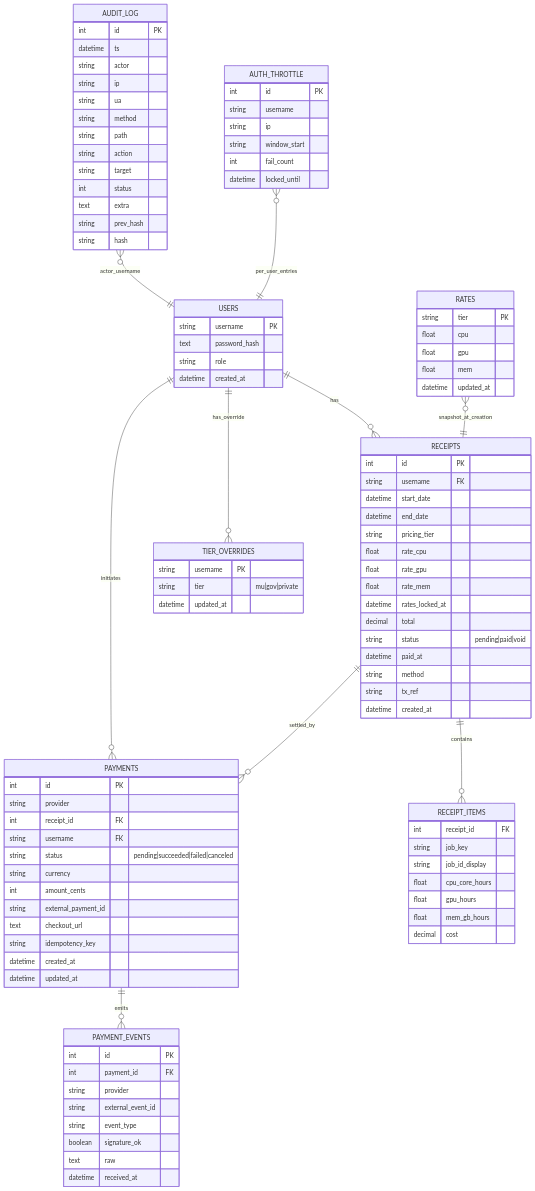
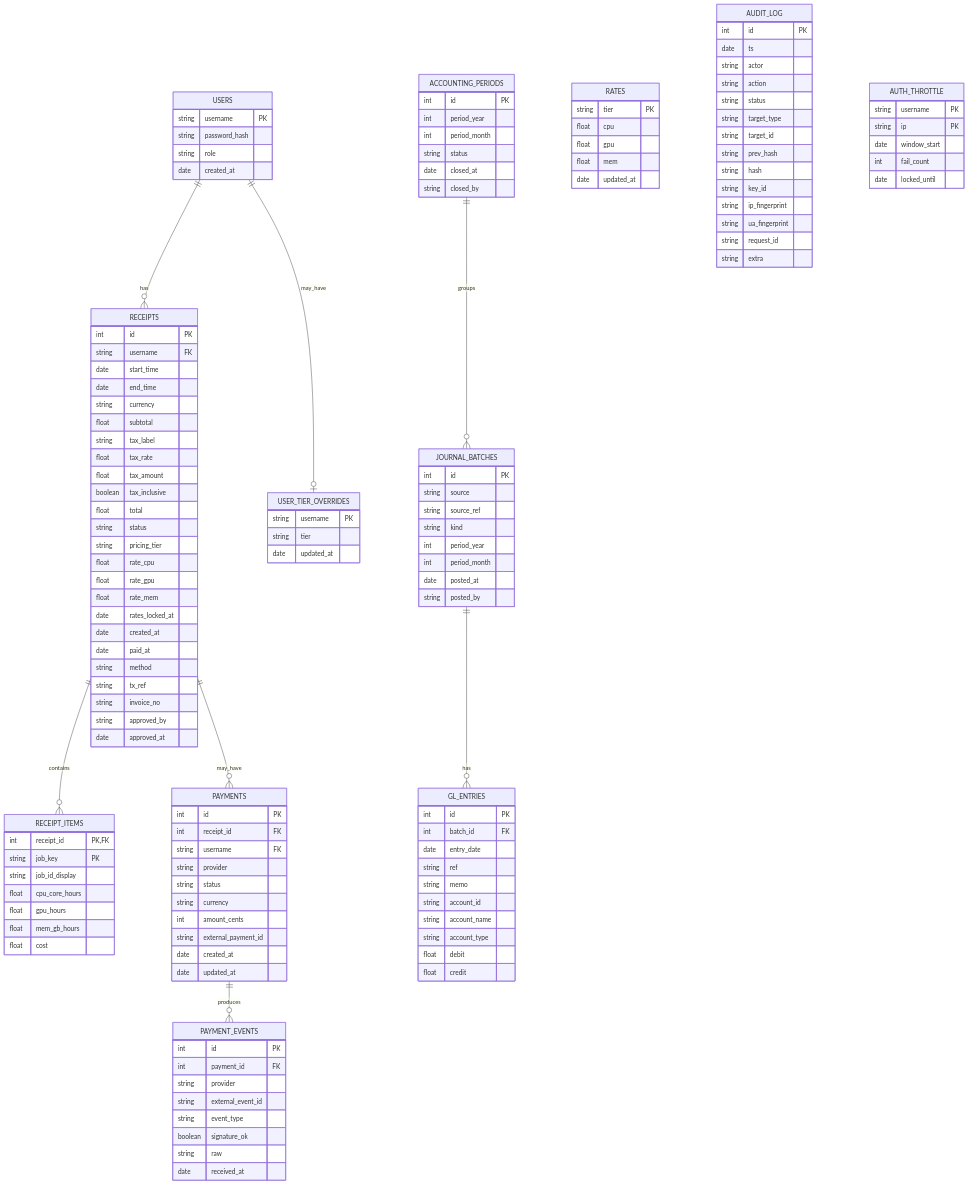
One commit to Purinat33/hpc_flask changed the diagram in docs/03-data-model.md. Above: the diagram before and after it, drawn with Mermaid. The commit also changed other lines of this file and 4 other files, not shown here.

````diff
--- a/docs/03-data-model.md
+++ b/docs/03-data-model.md
@@ -9,20 +9,24 @@
 ```mermaid
 erDiagram
   USERS ||--o{ RECEIPTS : has
-  USERS ||--o{ PAYMENTS : initiates
-  USERS ||--o{ TIER_OVERRIDES : has_override
+  USERS ||--o| USER_TIER_OVERRIDES : may_have
   RECEIPTS ||--o{ RECEIPT_ITEMS : contains
-  PAYMENTS ||--o{ PAYMENT_EVENTS : emits
-  RATES }o--|| RECEIPTS : snapshot_at_creation
-  AUDIT_LOG }o--|| USERS : actor_username
-  AUTH_THROTTLE }o--|| USERS : per_user_entries
-  RECEIPTS ||--o{ PAYMENTS : settled_by
+  RECEIPTS ||--o{ PAYMENTS : may_have
+  PAYMENTS ||--o{ PAYMENT_EVENTS : produces
+  ACCOUNTING_PERIODS ||--o{ JOURNAL_BATCHES : groups
+  JOURNAL_BATCHES ||--o{ GL_ENTRIES : has
 
   USERS {
     string username PK
-    text   password_hash
+    string password_hash
     string role
-    datetime created_at
+    date   created_at
+  }
+
+  USER_TIER_OVERRIDES {
+    string username PK
+    string tier
+    date   updated_at
   }
 
   RATES {
@@ -30,99 +34,126 @@
     float  cpu
     float  gpu
     float  mem
-    datetime updated_at
+    date   updated_at
   }
 
   RECEIPTS {
     int    id PK
     string username FK
-    datetime start_date
-    datetime end_date
+    date   start_time
+    date   end_time
+    string currency
+    float  subtotal
+    string tax_label
+    float  tax_rate
+    float  tax_amount
+    boolean tax_inclusive
+    float  total
+    string status
     string pricing_tier
     float  rate_cpu
     float  rate_gpu
     float  rate_mem
-    datetime rates_locked_at
-    decimal total
-    string status        "pending|paid|void"
-    datetime paid_at
+    date   rates_locked_at
+    date   created_at
+    date   paid_at
     string method
     string tx_ref
-    datetime created_at
+    string invoice_no
+    string approved_by
+    date   approved_at
   }
 
   RECEIPT_ITEMS {
-    int    receipt_id FK
-    string job_key
+    int    receipt_id PK, FK
+    string job_key    PK
     string job_id_display
     float  cpu_core_hours
     float  gpu_hours
     float  mem_gb_hours
-    decimal cost
+    float  cost
   }
 
   PAYMENTS {
     int    id PK
+    int    receipt_id FK
+    string username FK
     string provider
-    int    receipt_id FK
-    string username  FK
-    string status          "pending|succeeded|failed|canceled"
+    string status
     string currency
     int    amount_cents
     string external_payment_id
-    text   checkout_url
-    string idempotency_key
-    datetime created_at
-    datetime updated_at
+    date   created_at
+    date   updated_at
   }
 
   PAYMENT_EVENTS {
     int    id PK
-    int    payment_id  FK
+    int    payment_id FK
     string provider
     string external_event_id
     string event_type
     boolean signature_ok
-    text   raw
-    datetime received_at
-  }
-
-  AUTH_THROTTLE {
-    int    id PK
-    string username
-    string ip
-    string window_start
-    int    fail_count
-    datetime locked_until
+    string raw
+    date   received_at
   }
 
   AUDIT_LOG {
     int    id PK
-    datetime ts
+    date   ts
     string actor
-    string ip
-    string ua
-    string method
-    string path
     string action
-    string target
-    int    status
-    text   extra
+    string status
+    string target_type
+    string target_id
     string prev_hash
     string hash
+    string key_id
+    string ip_fingerprint
+    string ua_fingerprint
+    string request_id
+    string extra
   }
 
-  TIER_OVERRIDES {
+  AUTH_THROTTLE {
     string username PK
-    string tier "mu|gov|private"
-    datetime updated_at
+    string ip PK
+    date   window_start
+    int    fail_count
+    date   locked_until
   }
 
-  %% FKs (comment only):
-  %% RECEIPTS.username -> USERS.username
-  %% RECEIPT_ITEMS.receipt_id -> RECEIPTS.id
-  %% PAYMENTS.receipt_id -> RECEIPTS.id
-  %% PAYMENTS.username -> USERS.username
-  %% PAYMENT_EVENTS.payment_id -> PAYMENTS.id
-  %% TIER_OVERRIDES.username -> USERS.username
+  ACCOUNTING_PERIODS {
+    int    id PK
+    int    period_year
+    int    period_month
+    string status
+    date   closed_at
+    string closed_by
+  }
+
+  JOURNAL_BATCHES {
+    int    id PK
+    string source
+    string source_ref
+    string kind
+    int    period_year
+    int    period_month
+    date   posted_at
+    string posted_by
+  }
+
+  GL_ENTRIES {
+    int    id PK
+    int    batch_id FK
+    date   entry_date
+    string ref
+    string memo
+    string account_id
+    string account_name
+    string account_type
+    float  debit
+    float  credit
+  }
+
 ```
````
